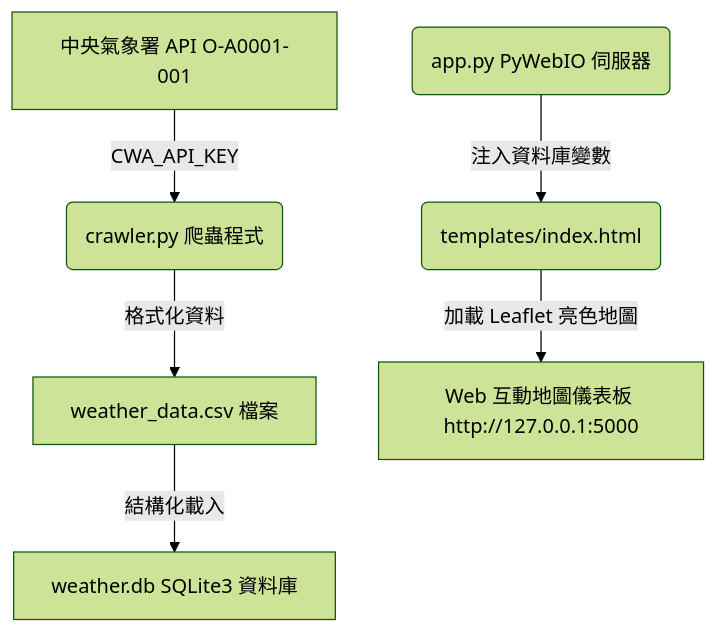
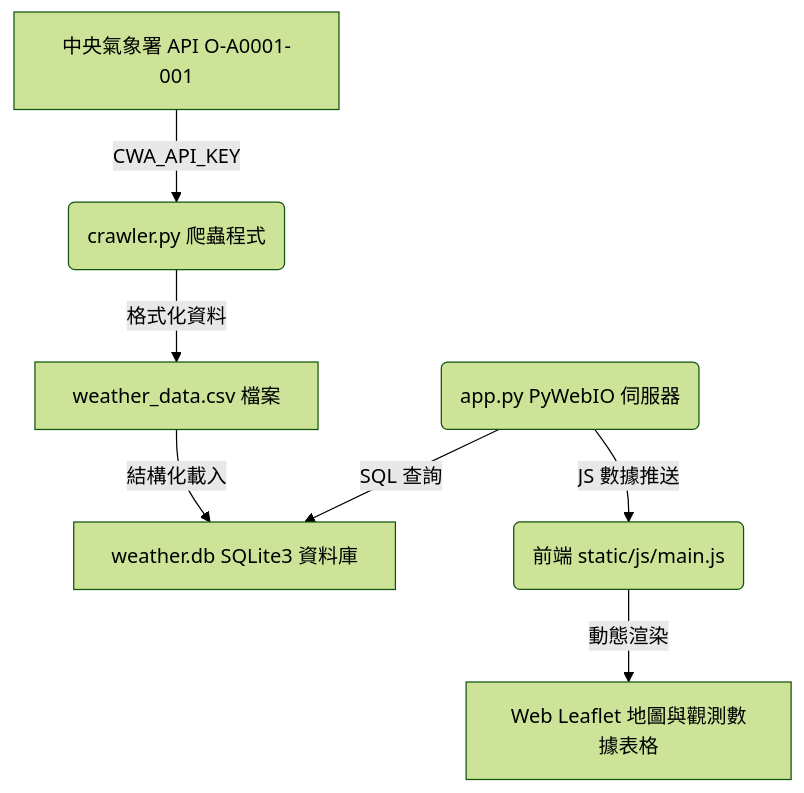
Before and after one commit to mdbenshow-art/HW10: the diagram in README.md, drawn with Mermaid (forest theme). The commit also changed other lines of this file and 2 other files, not shown here.

Commit message:
Migrate server to PyWebIO standalone framework and adapt JS data triggers

````diff
--- a/README.md
+++ b/README.md
@@ -9,8 +7,9 @@
 ```mermaid
 graph TD
     A[中央氣象署 API O-A0001-001] -->|CWA_API_KEY| B(crawler.py 爬蟲程式)
     B -->|格式化資料| C[weather_data.csv 檔案]
     C -->|結構化載入| D[weather.db SQLite3 資料庫]
-    E(app.py PyWebIO 伺服器) -->|注入資料庫變數| F(templates/index.html)
-    F -->|加載 Leaflet 亮色地圖| G[Web 互動地圖儀表板 http://127.0.0.1:5000]
+    E(app.py PyWebIO 伺服器) -->|SQL 查詢| D
+    E -->|JS 數據推送| F(前端 static/js/main.js)
+    F -->|動態渲染| G[Web Leaflet 地圖與觀測數據表格]
 ```
````
